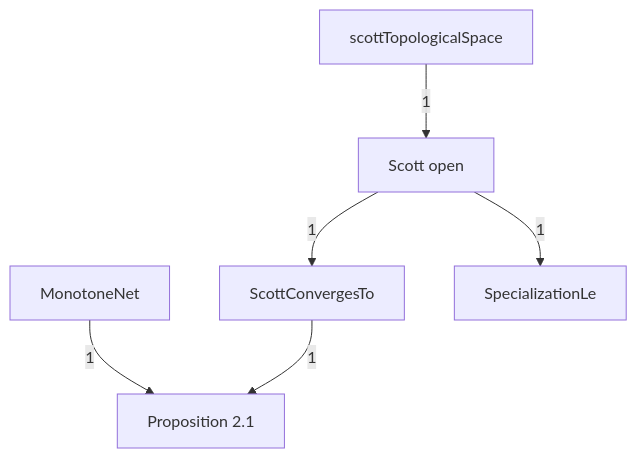
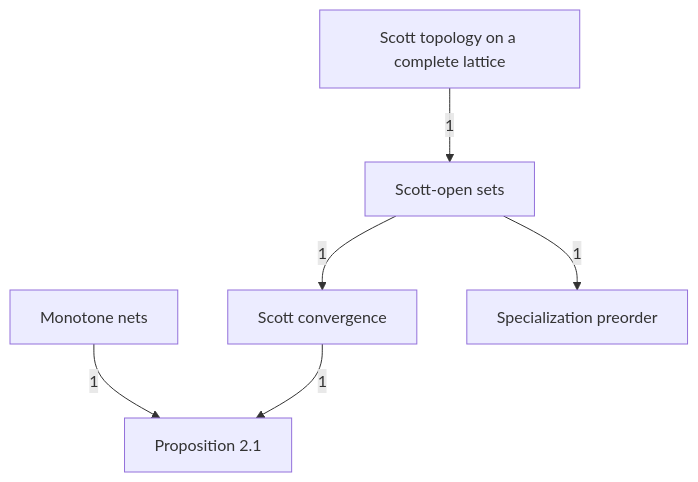
One commit to catskillsresearch/DomainTheory changed the diagram in DomainTheory/ContinuousLattice/Specialization/Specialization.mermaid. Above: the diagram before and after it, drawn with Mermaid. The commit also changed 7 other files, not shown here.

```diff
--- a/DomainTheory/ContinuousLattice/Specialization/Specialization.mermaid
+++ b/DomainTheory/ContinuousLattice/Specialization/Specialization.mermaid
@@ -1,21 +1,21 @@
 %% Notes of the specialization order, in outline order.
 %% Each box is one outline note from 1972_Specialization_order.md.
 %% Arrowhead on the importer. The number is a direct-import count.
 %% An arrow already implied by a longer path is omitted.
 flowchart TB
 
-  MN["MonotoneNet"]
+  MN["Monotone nets"]
   P21["Proposition 2.1"]
-  SO["Scott open"]
-  SCT["ScottConvergesTo"]
-  STS["scottTopologicalSpace"]
-  SLe["SpecializationLe"]
+  SO["Scott-open sets"]
+  SCT["Scott convergence"]
+  STS["Scott topology on a complete lattice"]
+  SLe["Specialization preorder"]
 
   MN -->|"1"| P21
   SCT -->|"1"| P21
   SO -->|"1"| SCT
   SO -->|"1"| SLe
   STS -->|"1"| SO
 
   classDef file fill:#dbeafe,stroke:#1d4ed8,color:#1e3a8a
   classDef ext fill:#f3f4f6,stroke:#374151,color:#111827
```
